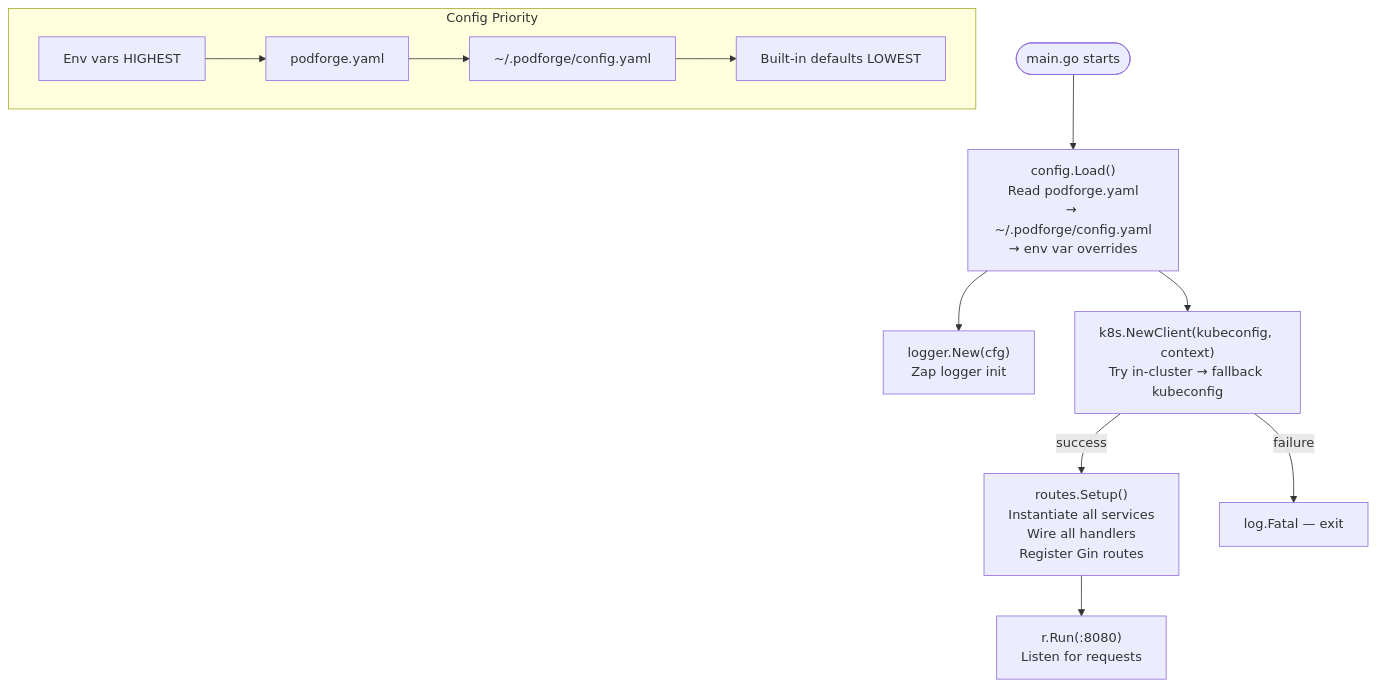
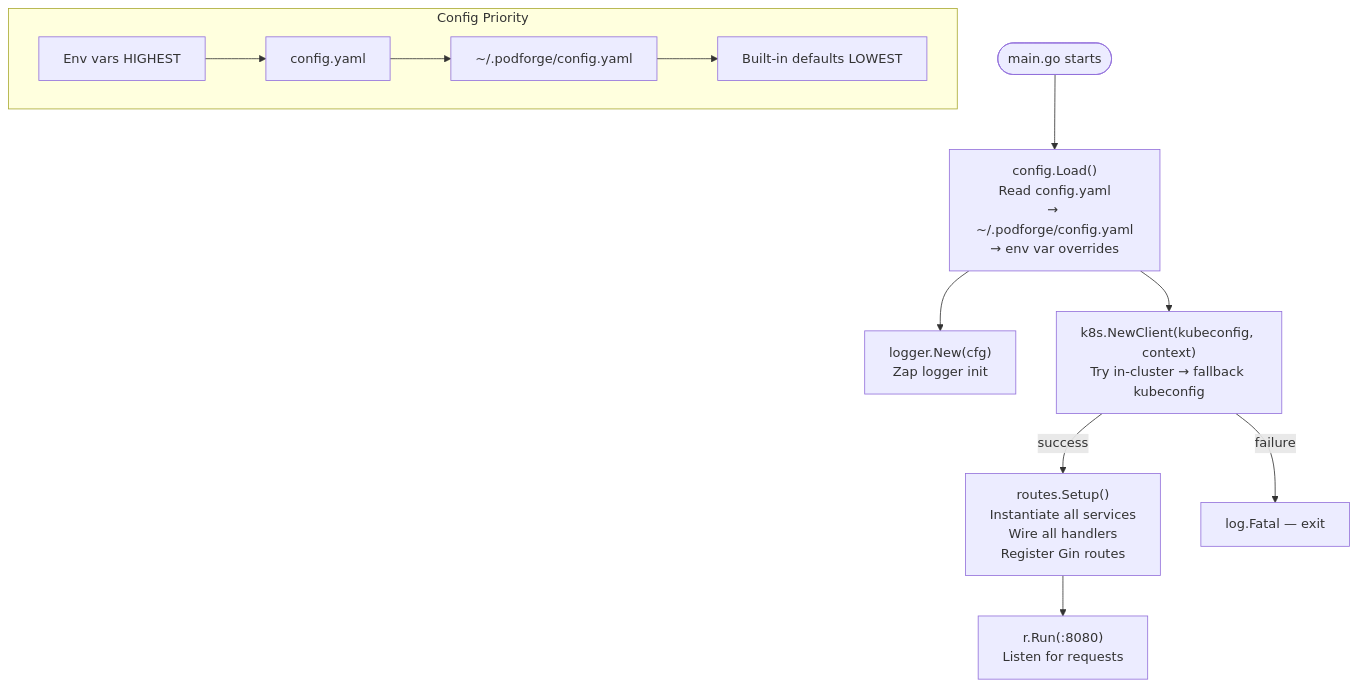
Before and after one commit to Nilay1999/podforge: the ninth of 10 diagrams in docs/ARCHITECTURE.md, drawn with Mermaid. The commit also changed other lines of this file and 19 other files, not shown here.

````diff
--- a/docs/ARCHITECTURE.md
+++ b/docs/ARCHITECTURE.md
@@ -502,23 +502,23 @@
 ```mermaid
 flowchart TD
     START([main.go starts]) --> CFG
 
-    CFG["config.Load()\nRead podforge.yaml\n→ ~/.podforge/config.yaml\n→ env var overrides"]
+    CFG["config.Load()\nRead config.yaml\n→ ~/.podforge/config.yaml\n→ env var overrides"]
 
     CFG --> LOG["logger.New(cfg)\nZap logger init"]
     CFG --> K8S["k8s.NewClient(kubeconfig, context)\nTry in-cluster → fallback kubeconfig"]
 
     K8S --> |success| ROUTES["routes.Setup()\nInstantiate all services\nWire all handlers\nRegister Gin routes"]
 
     K8S --> |failure| FATAL["log.Fatal — exit"]
 
     ROUTES --> GIN["r.Run(:8080)\nListen for requests"]
 
     subgraph Config Priority
         ENV["Env vars  HIGHEST"]
-        YAML["podforge.yaml"]
+        YAML["config.yaml"]
         HOMEYAML["~/.podforge/config.yaml"]
         DEFAULTS["Built-in defaults  LOWEST"]
         ENV --> YAML --> HOMEYAML --> DEFAULTS
     end
 ```
````
